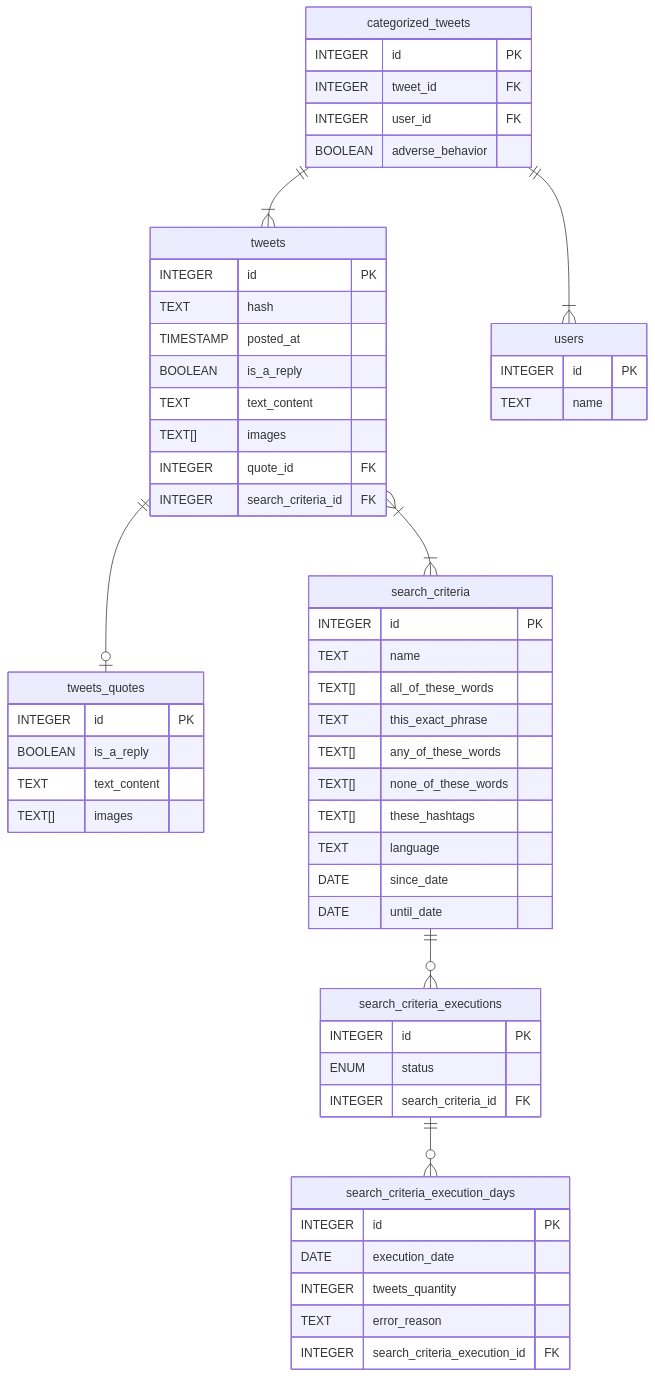
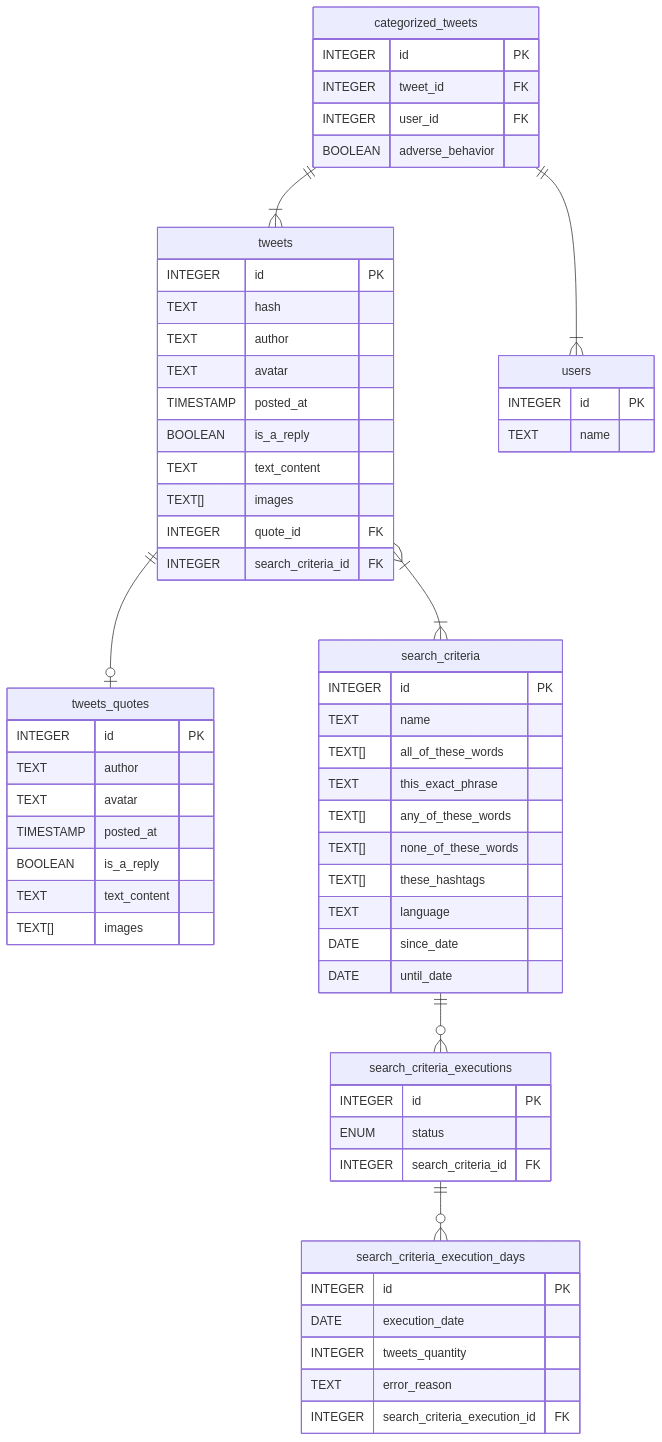
The diagram in README.md (lhbelfanti/ahbcc), drawn with Mermaid before and after one commit.

Commit message:
📝 Updated ER diagram

````diff
--- a/README.md
+++ b/README.md
@@ -53,59 +53,64 @@
 ```mermaid
 erDiagram
     tweets ||--o| tweets_quotes : ""
     tweets }|--|{ search_criteria : ""
     tweets {
         INTEGER id PK
         TEXT hash
+        TEXT author
+        TEXT avatar
         TIMESTAMP posted_at
         BOOLEAN is_a_reply
         TEXT text_content
         TEXT[] images
         INTEGER quote_id FK
         INTEGER search_criteria_id FK
     }
     tweets_quotes {
         INTEGER id PK
+        TEXT author
+        TEXT avatar
+        TIMESTAMP posted_at
         BOOLEAN is_a_reply
         TEXT text_content
         TEXT[] images
     }
     search_criteria ||--o{ search_criteria_executions : ""
     search_criteria {
         INTEGER id PK
         TEXT name
         TEXT[] all_of_these_words
         TEXT this_exact_phrase
         TEXT[] any_of_these_words
         TEXT[] none_of_these_words
         TEXT[] these_hashtags
         TEXT language
         DATE since_date
         DATE until_date
     }
     search_criteria_executions ||--o{ search_criteria_execution_days : ""
     search_criteria_executions {
         INTEGER id PK
         ENUM status
         INTEGER search_criteria_id FK
     }
     search_criteria_execution_days {
         INTEGER id PK
         DATE execution_date
         INTEGER tweets_quantity
         TEXT error_reason
         INTEGER search_criteria_execution_id FK
     }
     users {
         INTEGER id PK
         TEXT name
     }
     categorized_tweets ||--|{ tweets : ""
     categorized_tweets ||--|{ users : ""
     categorized_tweets {
         INTEGER id PK
         INTEGER tweet_id FK
         INTEGER user_id FK
         BOOLEAN adverse_behavior
     }
 ```
````
